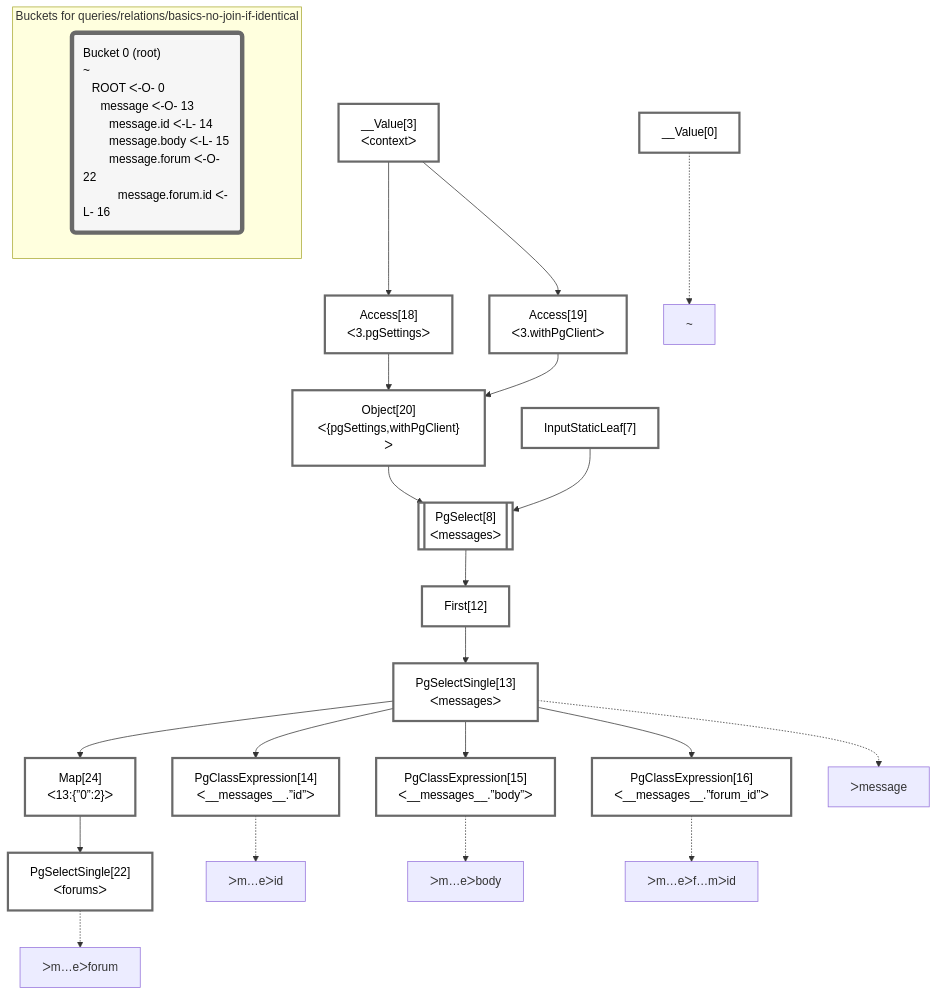
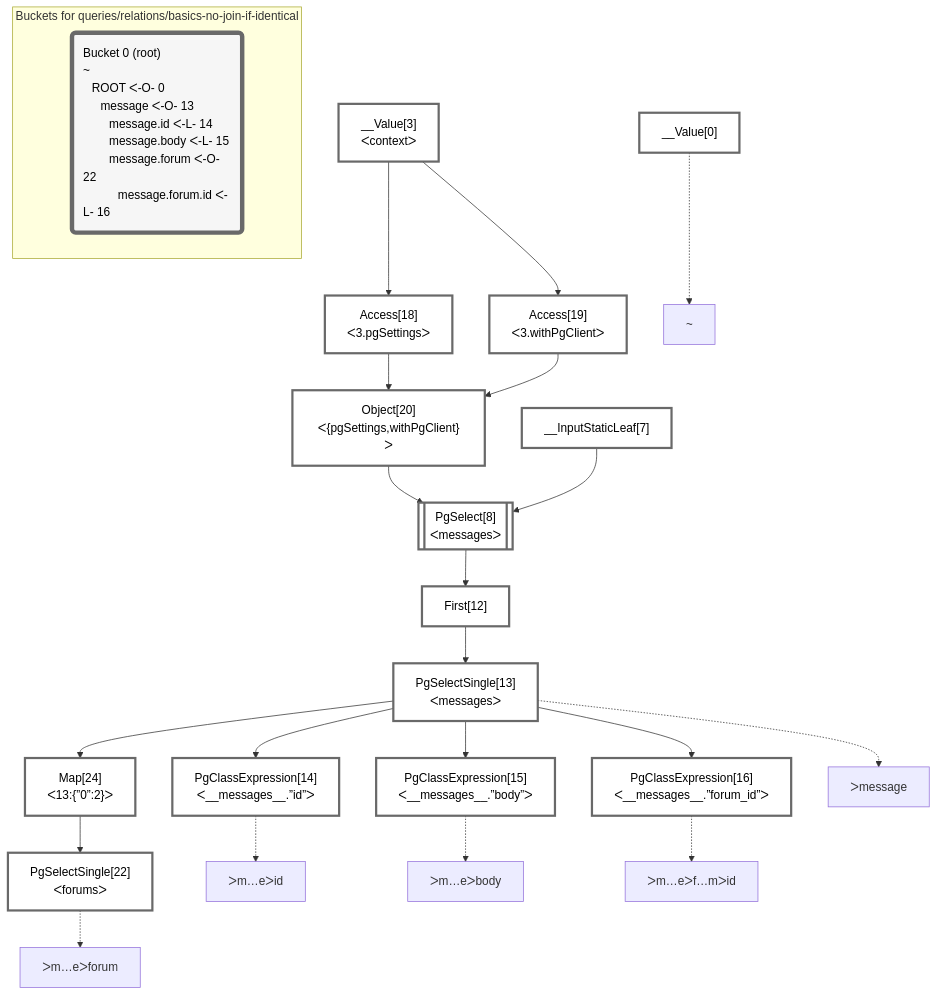
The diagram in packages/dataplan-pg/__tests__/queries/relations/basics-no-join-if-identical.mermaid.md (graphile/crystal), drawn with Mermaid before and after one commit. The commit also changed 79 other files, not shown here.

````diff
--- a/packages/dataplan-pg/__tests__/queries/relations/basics-no-join-if-identical.mermaid.md
+++ b/packages/dataplan-pg/__tests__/queries/relations/basics-no-join-if-identical.mermaid.md
@@ -1,58 +1,58 @@
 ```mermaid
 graph TD
     classDef path fill:#eee,stroke:#000,color:#000
     classDef plan fill:#fff,stroke-width:3px,color:#000
     classDef itemplan fill:#fff,stroke-width:6px,color:#000
     classDef sideeffectplan fill:#f00,stroke-width:6px,color:#000
     classDef bucket fill:#f6f6f6,color:#000,stroke-width:6px,text-align:left
 
 
     %% define plans
     __Value0["__Value[0]"]:::plan
     PgClassExpression14["PgClassExpression[14]<br />ᐸ__messages__.”id”ᐳ"]:::plan
     PgClassExpression15["PgClassExpression[15]<br />ᐸ__messages__.”body”ᐳ"]:::plan
     PgClassExpression16["PgClassExpression[16]<br />ᐸ__messages__.”forum_id”ᐳ"]:::plan
     PgSelectSingle22["PgSelectSingle[22]<br />ᐸforumsᐳ"]:::plan
     Map24["Map[24]<br />ᐸ13:{”0”:2}ᐳ"]:::plan
     PgSelectSingle13["PgSelectSingle[13]<br />ᐸmessagesᐳ"]:::plan
     First12["First[12]"]:::plan
     PgSelect8[["PgSelect[8]<br />ᐸmessagesᐳ"]]:::plan
     Object20["Object[20]<br />ᐸ{pgSettings,withPgClient}ᐳ"]:::plan
     Access18["Access[18]<br />ᐸ3.pgSettingsᐳ"]:::plan
     Access19["Access[19]<br />ᐸ3.withPgClientᐳ"]:::plan
     __Value3["__Value[3]<br />ᐸcontextᐳ"]:::plan
-    InputStaticLeaf7["InputStaticLeaf[7]"]:::plan
+    __InputStaticLeaf7["__InputStaticLeaf[7]"]:::plan
 
     %% plan dependencies
     PgSelectSingle13 --> PgClassExpression14
     PgSelectSingle13 --> PgClassExpression15
     PgSelectSingle13 --> PgClassExpression16
     Map24 --> PgSelectSingle22
     PgSelectSingle13 --> Map24
     First12 --> PgSelectSingle13
     PgSelect8 --> First12
-    Object20 & InputStaticLeaf7 --> PgSelect8
+    Object20 & __InputStaticLeaf7 --> PgSelect8
     Access18 & Access19 --> Object20
     __Value3 --> Access18
     __Value3 --> Access19
 
     %% plan-to-path relationships
     P0["~"]
     __Value0 -.-> P0
     P13["ᐳmessage"]
     PgSelectSingle13 -.-> P13
     P14["ᐳm…eᐳid"]
     PgClassExpression14 -.-> P14
     P15["ᐳm…eᐳbody"]
     PgClassExpression15 -.-> P15
     P16["ᐳm…eᐳf…mᐳid"]
     PgClassExpression16 -.-> P16
     P22["ᐳm…eᐳforum"]
     PgSelectSingle22 -.-> P22
 
     subgraph "Buckets for queries/relations/basics-no-join-if-identical"
     Bucket0("Bucket 0 (root)<br />~<br />⠀ROOT ᐸ-O- 0<br />⠀⠀message ᐸ-O- 13<br />⠀⠀⠀message.id ᐸ-L- 14<br />⠀⠀⠀message.body ᐸ-L- 15<br />⠀⠀⠀message.forum ᐸ-O- 22<br />⠀⠀⠀⠀message.forum.id ᐸ-L- 16"):::bucket
     classDef bucket0 stroke:#696969
-    class Bucket0,__Value0,__Value3,InputStaticLeaf7,PgSelect8,First12,PgSelectSingle13,PgClassExpression14,PgClassExpression15,PgClassExpression16,Access18,Access19,Object20,PgSelectSingle22,Map24 bucket0
+    class Bucket0,__Value0,__Value3,__InputStaticLeaf7,PgSelect8,First12,PgSelectSingle13,PgClassExpression14,PgClassExpression15,PgClassExpression16,Access18,Access19,Object20,PgSelectSingle22,Map24 bucket0
     end
 ```
````
